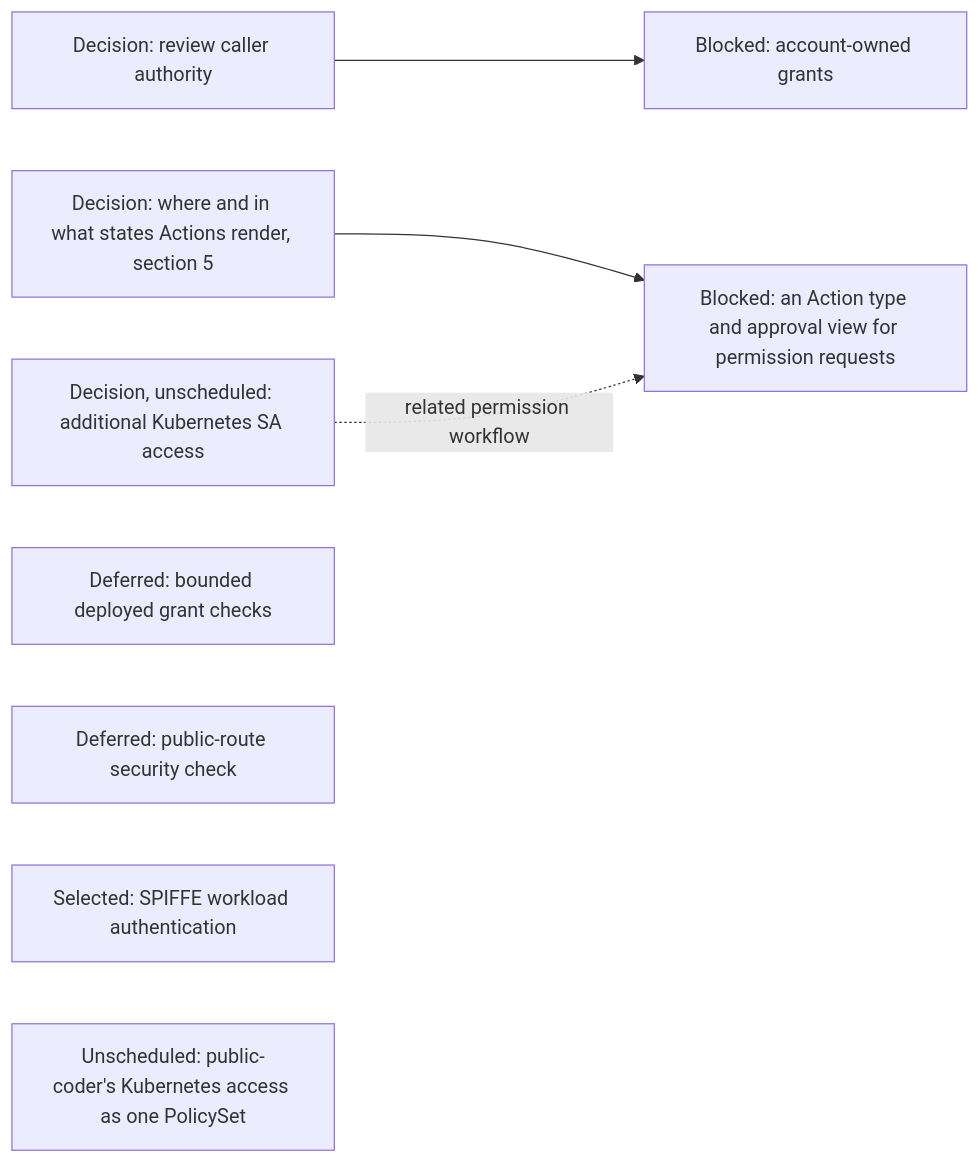
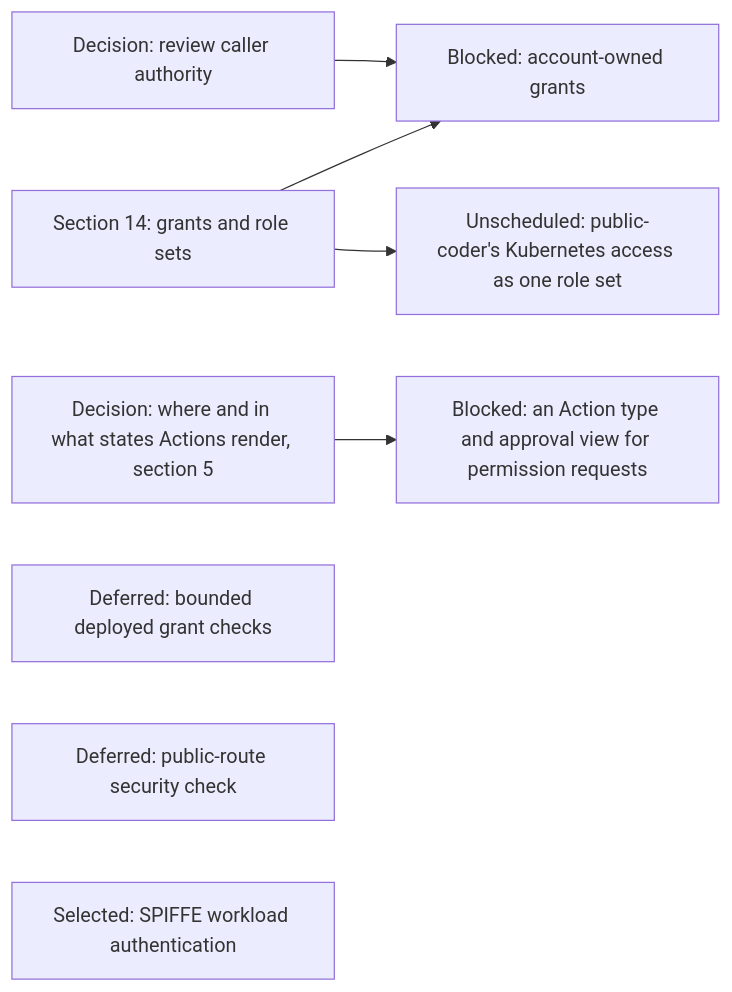
One commit to agentydragon/ducktape changed the seventh of 19 diagrams in agentplane/plans/task_dag.md. Above: the diagram before and after it, drawn with Mermaid. The commit also changed other lines of this file and 1 other file, not shown here.

First line of the commit message:
agentplane/plans: burn down Kubernetes-account nodes the identity plan settled

````diff
--- a/agentplane/plans/task_dag.md
+++ b/agentplane/plans/task_dag.md
@@ -1444,13 +1444,13 @@
 ```mermaid
 flowchart LR
     CLAUDE_AI_SA[Decision: review caller authority] --> MANAGED_SA_RBAC[Blocked: account-owned grants]
+    POLICY_GRANTS[Section 14: grants and role sets] --> MANAGED_SA_RBAC
+    POLICY_GRANTS --> PC_KUBERNETES_POLICY_SET
     AGENT_PERMISSION_REQUESTS[Blocked: an Action type and approval view for permission requests]
     ACTION_SURFACES_DESIGN[Decision: where and in what states Actions render, section 5]
     ACTION_SURFACES_DESIGN --> AGENT_PERMISSION_REQUESTS
-    KUBERNETES_SA_DELEGATION_DESIGN[Decision, unscheduled: additional Kubernetes SA access]
-    KUBERNETES_SA_DELEGATION_DESIGN -. related permission workflow .-> AGENT_PERMISSION_REQUESTS
     SANDBOX_RBAC[Deferred: bounded deployed grant checks]
     NOTIFICATION_INGRESS_BOUNDARY[Deferred: public-route security check]
     NETWORK_WORKLOAD_IDENTITY[Selected: SPIFFE workload authentication]
-    PC_KUBERNETES_POLICY_SET[Unscheduled: public-coder's Kubernetes access as one PolicySet]
+    PC_KUBERNETES_POLICY_SET[Unscheduled: public-coder's Kubernetes access as one role set]
 ```
````
